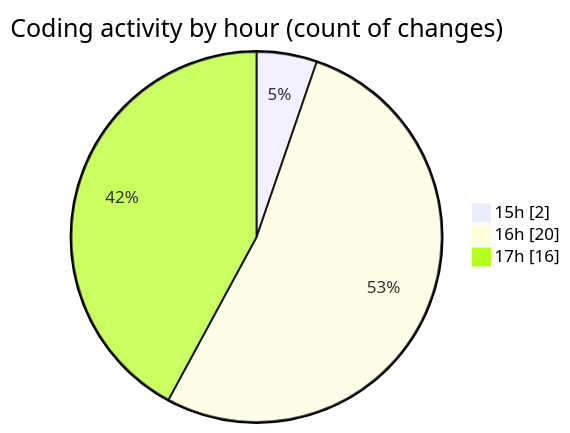
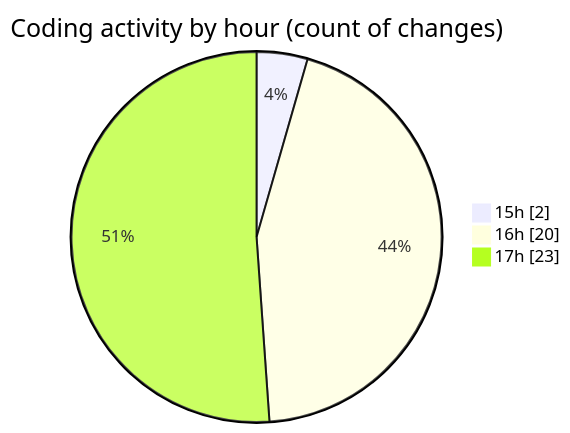
The second of 2 diagrams in 2025-08-09/nxtqube_webapp/README.md (nxtqubesakshisongat/code-tracking), drawn with Mermaid before and after one commit. The commit also changed other lines of this file and 1 other file, not shown here.

````diff
--- a/2025-08-09/nxtqube_webapp/README.md
+++ b/2025-08-09/nxtqube_webapp/README.md
@@ -29,7 +29,7 @@
 ```mermaid
 pie showData
 title Coding activity by hour (count of changes)
 "15h" : 2
 "16h" : 20
-"17h" : 16
+"17h" : 23
 ```
````
